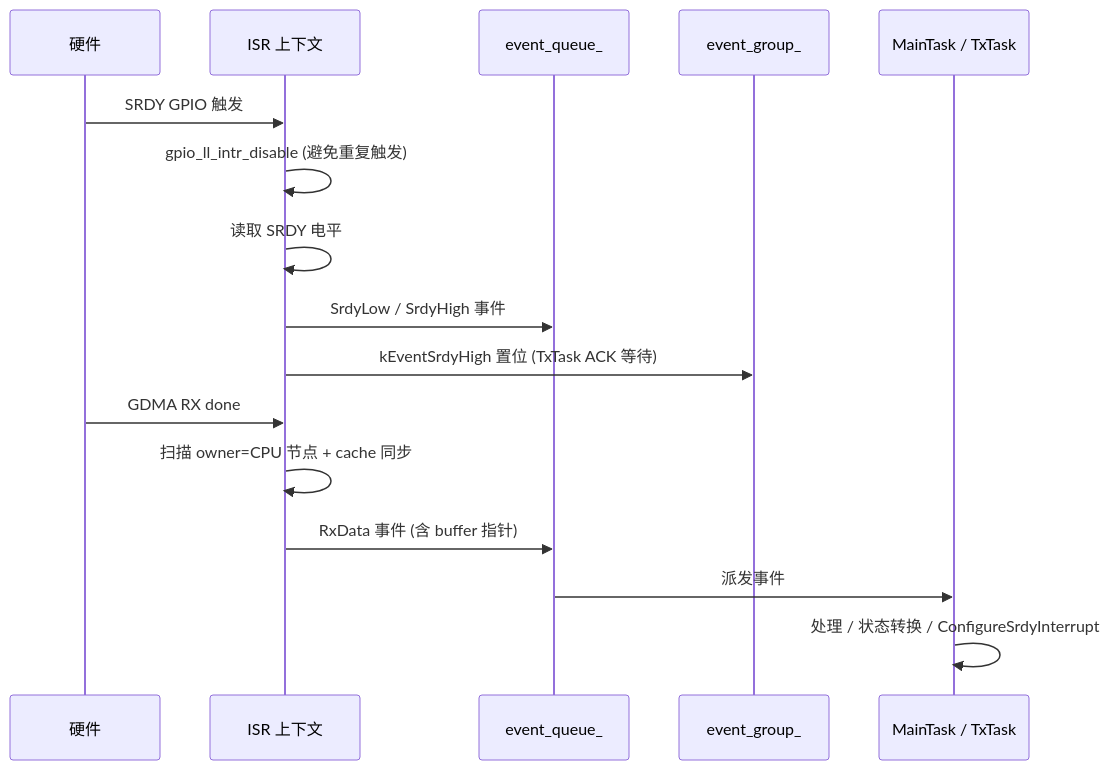
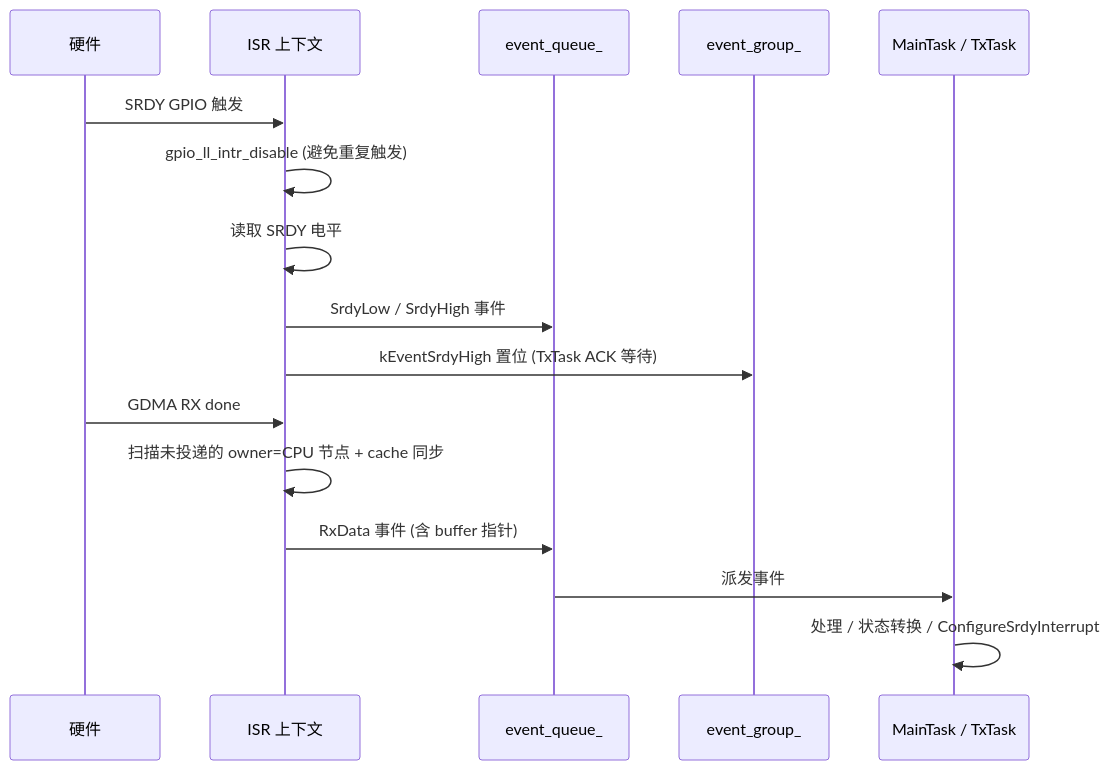
Before and after one commit to 78/uart-eth-modem: diagram 12 of 22 in WORKING_PRINCIPLE.md, drawn with Mermaid. The commit also changed other lines of this file and 18 other files, not shown here.

````diff
--- a/WORKING_PRINCIPLE.md
+++ b/WORKING_PRINCIPLE.md
@@ -466,21 +466,21 @@
 ```mermaid
 sequenceDiagram
     participant HW as 硬件
     participant ISR as ISR 上下文
     participant QUEUE as event_queue_
     participant EG as event_group_
     participant TASK as MainTask / TxTask
 
     HW->>ISR: SRDY GPIO 触发
     ISR->>ISR: gpio_ll_intr_disable (避免重复触发)
     ISR->>ISR: 读取 SRDY 电平
     ISR->>QUEUE: SrdyLow / SrdyHigh 事件
     ISR->>EG: kEventSrdyHigh 置位 (TxTask ACK 等待)
 
     HW->>ISR: GDMA RX done
-    ISR->>ISR: 扫描 owner=CPU 节点 + cache 同步
+    ISR->>ISR: 扫描未投递的 owner=CPU 节点 + cache 同步
     ISR->>QUEUE: RxData 事件 (含 buffer 指针)
 
     QUEUE->>TASK: 派发事件
     TASK->>TASK: 处理 / 状态转换 / ConfigureSrdyInterrupt
 ```
````
